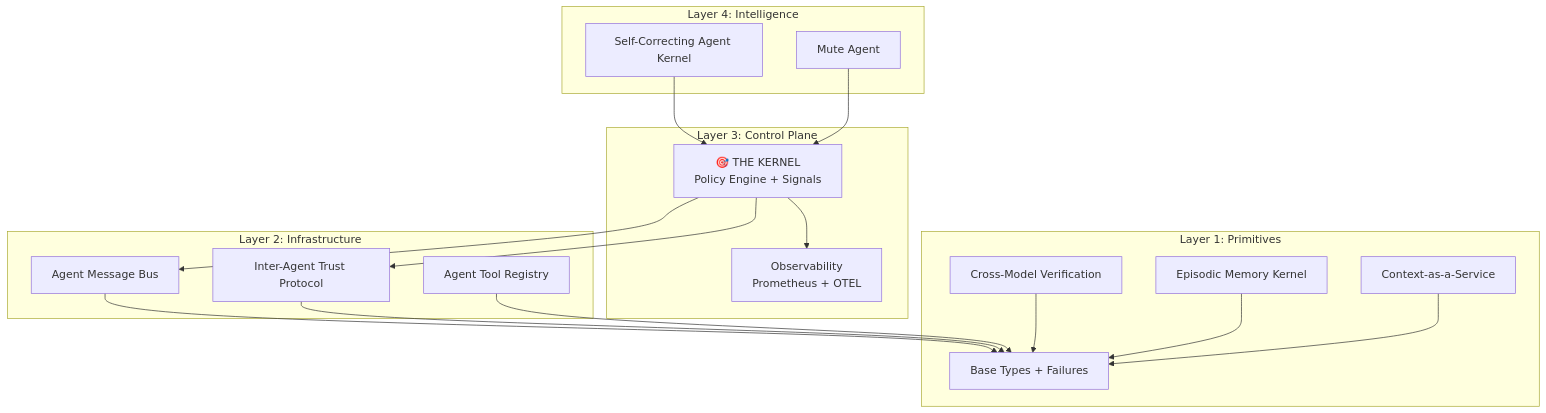
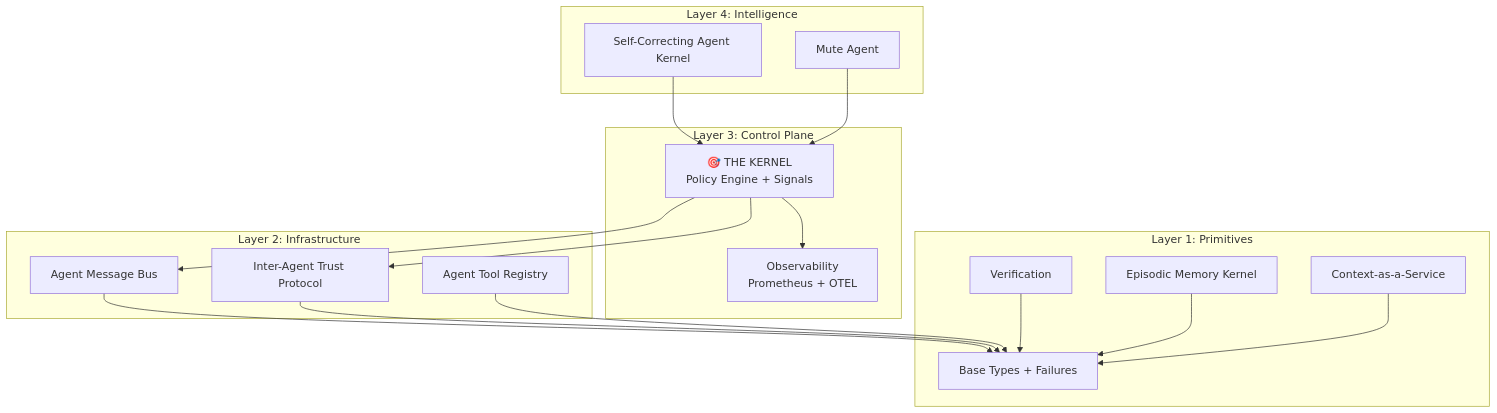
The diagram in README.md (dylanyunlon/operatorRL), drawn with Mermaid before and after one commit. The commit also changed other lines of this file and 49 other files, not shown here.

````diff
--- a/README.md
+++ b/README.md
@@ -295,37 +295,37 @@
 ```mermaid
 graph TB
     subgraph "Layer 4: Intelligence"
         SCAK[Self-Correcting Agent Kernel]
         MUTE[Mute Agent]
     end
     
     subgraph "Layer 3: Control Plane"
         KERNEL[🎯 THE KERNEL<br/>Policy Engine + Signals]
         OBS[Observability<br/>Prometheus + OTEL]
     end
     
     subgraph "Layer 2: Infrastructure"
         AMB[Agent Message Bus]
         IATP[Inter-Agent Trust Protocol]
         ATR[Agent Tool Registry]
     end
     
     subgraph "Layer 1: Primitives"
         PRIM[Base Types + Failures]
-        CMVK[Cross-Model Verification]
+        CMVK[Verification]
         CAAS[Context-as-a-Service]
         EMK[Episodic Memory Kernel]
     end
     
     SCAK --> KERNEL
     MUTE --> KERNEL
     KERNEL --> AMB
     KERNEL --> IATP
     KERNEL --> OBS
     AMB --> PRIM
     IATP --> PRIM
     ATR --> PRIM
     CMVK --> PRIM
     EMK --> PRIM
     CAAS --> PRIM
 ```
````
